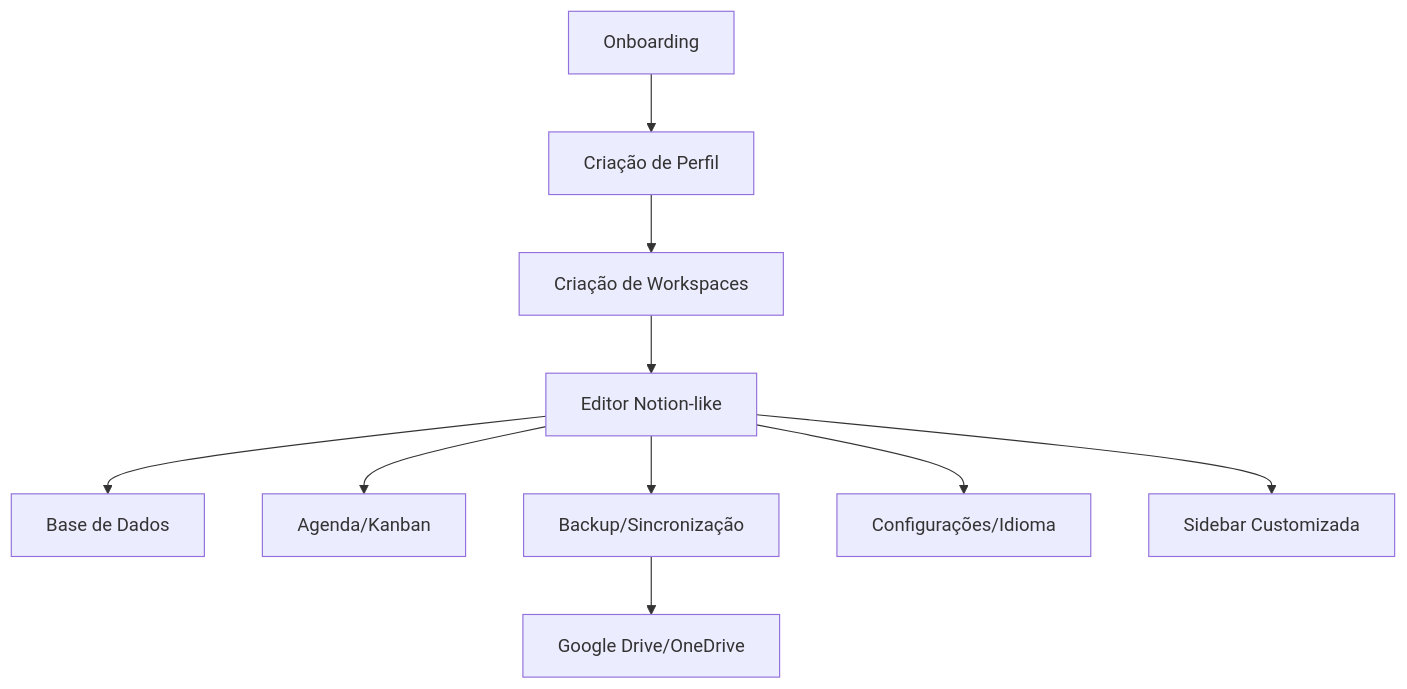
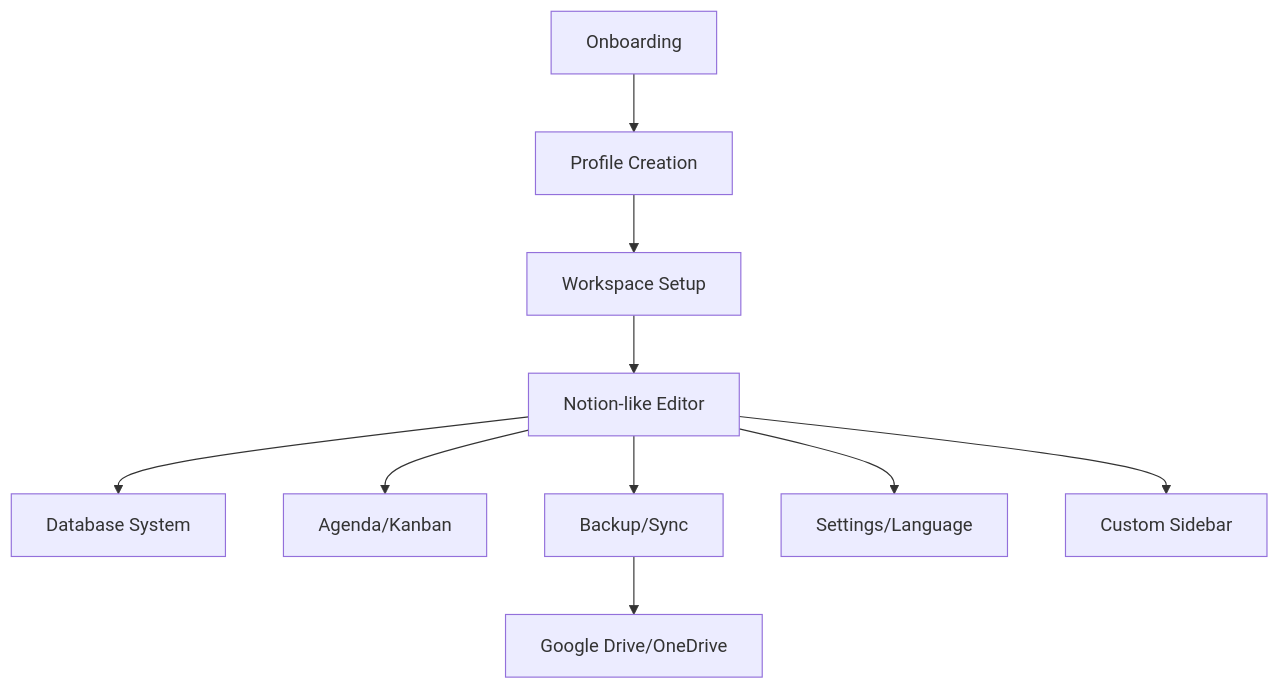
One commit to Sen2pi/Bloquinho changed the diagram in README.md. Above: the diagram before and after it, drawn with Mermaid. The commit also changed other lines of this file, not shown here.

````diff
--- a/README.md
+++ b/README.md
@@ -52,12 +93,12 @@
 ```mermaid
 graph TD;
-  A[Onboarding] --> B[Criação de Perfil]
-  B --> C[Criação de Workspaces]
-  C --> D[Editor Notion-like]
-  D --> E[Base de Dados]
+  A[Onboarding] --> B[Profile Creation]
+  B --> C[Workspace Setup]
+  C --> D[Notion-like Editor]
+  D --> E[Database System]
   D --> F[Agenda/Kanban]
-  D --> G[Backup/Sincronização]
+  D --> G[Backup/Sync]
   G --> H[Google Drive/OneDrive]
-  D --> I[Configurações/Idioma]
-  D --> J[Sidebar Customizada]
+  D --> I[Settings/Language]
+  D --> J[Custom Sidebar]
 ```
````
